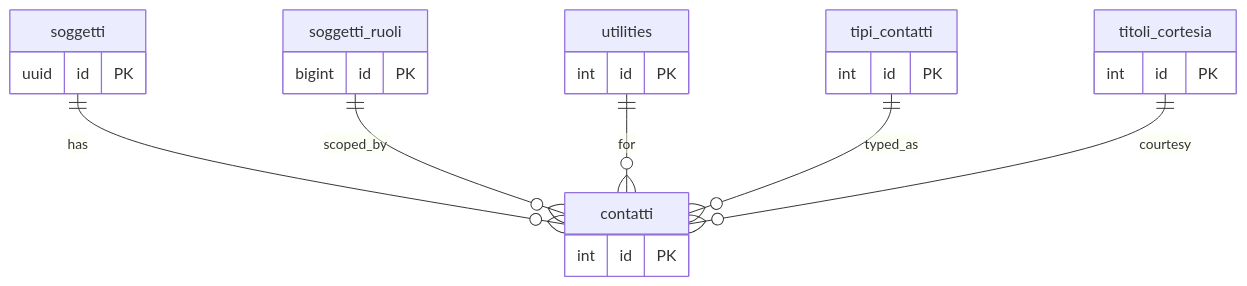
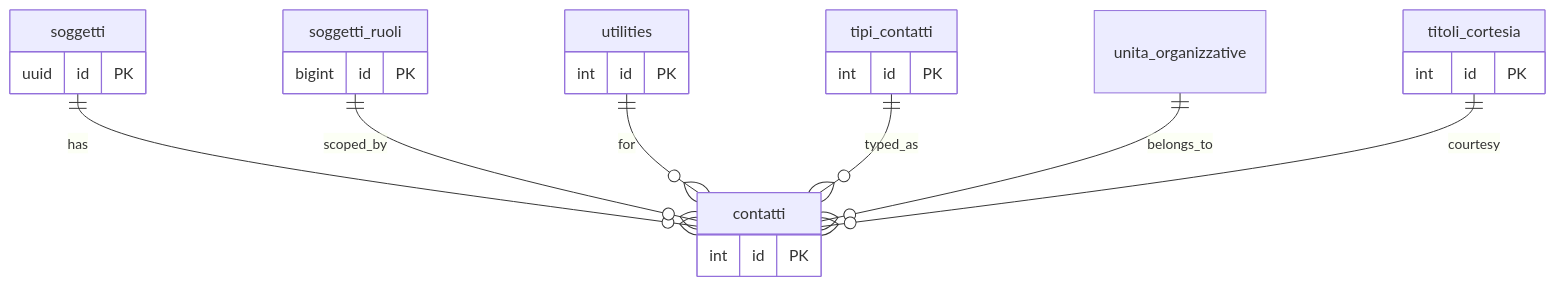
The diagram in docs/it/dbzero/anagrafiche/manual/contatti.md (Tito-it/ZeroErp), drawn with Mermaid before and after one commit. The commit also changed other lines of this file and 45 other files, not shown here.

````diff
--- a/docs/it/dbzero/anagrafiche/manual/contatti.md
+++ b/docs/it/dbzero/anagrafiche/manual/contatti.md
@@ -150,17 +158,18 @@
 ```mermaid
 %%{init: {'er': {'layoutDirection': 'LR'}}}%%
 erDiagram
     soggetti         ||--o{ contatti : has
     soggetti_ruoli   ||--o{ contatti : scoped_by
     utilities        ||--o{ contatti : for
     tipi_contatti    ||--o{ contatti : typed_as
+    unita_organizzative ||--o{ contatti : belongs_to
     titoli_cortesia  ||--o{ contatti : courtesy
 
     soggetti        { uuid id PK }
     soggetti_ruoli  { bigint id PK }
     utilities       { int id PK }
     tipi_contatti   { int id PK }
     titoli_cortesia { int id PK }
     contatti        { int id PK }
 
 ```
````
